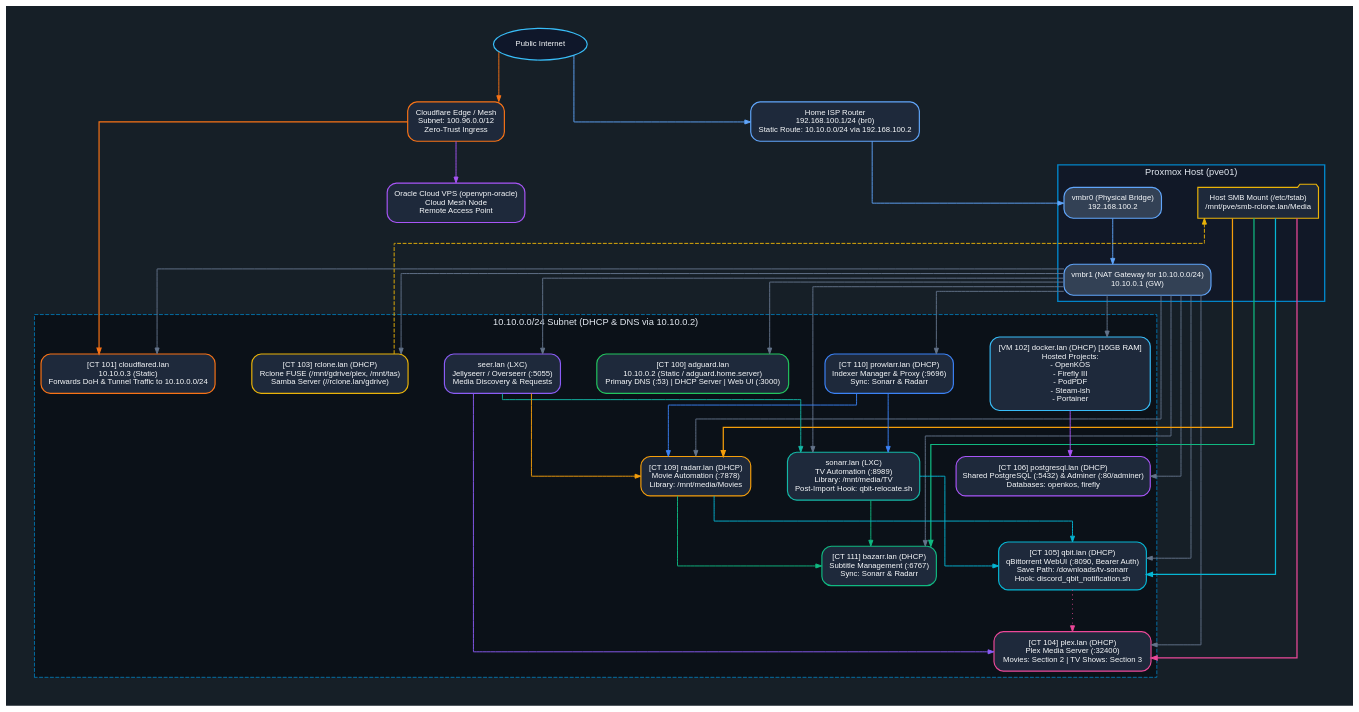
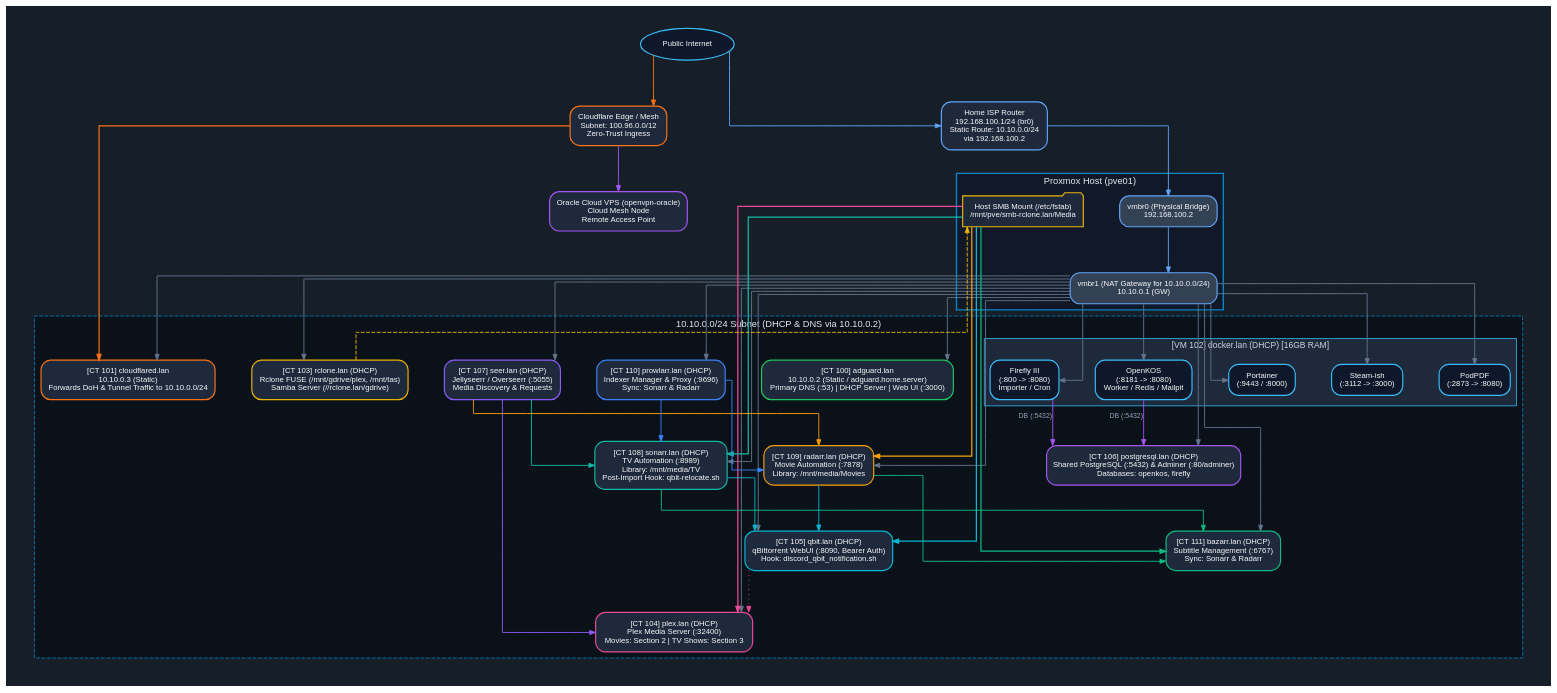
One commit to jhnnr/selfhost.md changed the diagram in docs/network/network-topology.dot. Above: the diagram before and after it, drawn with Graphviz. The commit also changed 9 other files, not shown here.

```diff
--- a/docs/network/network-topology.dot
+++ b/docs/network/network-topology.dot
@@ -46,7 +46,7 @@
 
     // Physical Network Path
     router [
-        label = "Home ISP Router\n192.168.100.1/24 (br0)\nStatic Route: 10.10.0.0/24 via 192.168.100.2",
+        label = "Home ISP Router\n192.168.100.1/24 (br0)\nStatic Route: 10.10.0.0/24\nvia 192.168.100.2",
         fillcolor = "#1e293b",
         color = "#60a5fa"
     ];
@@ -104,93 +104,125 @@
         color = "#0284c7";
         bgcolor = "#0b1118";
 
-        // Ingress via Cloudflare Tunnel
+        // CT 100: DNS & DHCP Server
+        ct100 [
+            label = "[CT 100] adguard.lan\n10.10.0.2 (Static / adguard.home.server)\nPrimary DNS (:53) | DHCP Server | Web UI (:3000)",
+            fillcolor = "#1e293b",
+            color = "#22c55e"
+        ];
+
+        // CT 101: Ingress via Cloudflare Tunnel
         ct101 [
             label = "[CT 101] cloudflared.lan\n10.10.0.3 (Static)\nForwards DoH & Tunnel Traffic to 10.10.0.0/24",
             fillcolor = "#1e293b",
             color = "#f97316"
         ];
 
-        // DNS & DHCP Server
-        ct100 [
-            label = "[CT 100] adguard.lan\n10.10.0.2 (Static / adguard.home.server)\nPrimary DNS (:53) | DHCP Server | Web UI (:3000)",
+        // VM 102: Dedicated Docker Host with Per-Project Nodes
+        subgraph cluster_vm102 {
+            label = "[VM 102] docker.lan (DHCP) [16GB RAM]";
+            fontcolor = "#cbd5e1";
+            fontsize = 11;
+            style = "filled";
+            fillcolor = "#1e293b";
+            color = "#38bdf8";
+
+            proj_openkos [
+                label = "OpenKOS\n(:8181 -> :8080)\nWorker / Redis / Mailpit",
+                fillcolor = "#0f172a",
+                color = "#38bdf8"
+            ];
+
+            proj_firefly [
+                label = "Firefly III\n(:800 -> :8080)\nImporter / Cron",
+                fillcolor = "#0f172a",
+                color = "#38bdf8"
+            ];
+
+            proj_podpdf [
+                label = "PodPDF\n(:2873 -> :8080)",
+                fillcolor = "#0f172a",
+                color = "#38bdf8"
+            ];
+
+            proj_steamish [
+                label = "Steam-ish\n(:3112 -> :3000)",
+                fillcolor = "#0f172a",
+                color = "#38bdf8"
+            ];
+
+            proj_portainer [
+                label = "Portainer\n(:9443 / :8000)",
+                fillcolor = "#0f172a",
+                color = "#38bdf8"
+            ];
+        }
+
+        // CT 103: Storage Controller
+        ct103 [
+            label = "[CT 103] rclone.lan (DHCP)\nRclone FUSE (/mnt/gdrive/plex, /mnt/tas)\nSamba Server (//rclone.lan/gdrive)",
             fillcolor = "#1e293b",
-            color = "#22c55e"
+            color = "#eab308"
         ];
 
-        // Shared PostgreSQL Server
+        // CT 104: Media Playback Server
+        ct104 [
+            label = "[CT 104] plex.lan (DHCP)\nPlex Media Server (:32400)\nMovies: Section 2 | TV Shows: Section 3",
+            fillcolor = "#1e293b",
+            color = "#ec4899"
+        ];
+
+        // CT 105: Download Client (Save path removed)
+        ct105 [
+            label = "[CT 105] qbit.lan (DHCP)\nqBittorrent WebUI (:8090, Bearer Auth)\nHook: discord_qbit_notification.sh",
+            fillcolor = "#1e293b",
+            color = "#06b6d4"
+        ];
+
+        // CT 106: Shared PostgreSQL Server
         ct106 [
             label = "[CT 106] postgresql.lan (DHCP)\nShared PostgreSQL (:5432) & Adminer (:80/adminer)\nDatabases: openkos, firefly",
             fillcolor = "#1e293b",
             color = "#a855f7"
         ];
 
-        // Dedicated Docker Host VM - Flat list of hosted projects without categorization
-        vm102 [
-            label = "[VM 102] docker.lan (DHCP) [16GB RAM]\nHosted Projects:\n- OpenKOS\n- Firefly III\n- PodPDF\n- Steam-ish\n- Portainer",
+        // CT 107: Media Discovery & Requests (Jellyseerr / Overseerr)
+        ct107 [
+            label = "[CT 107] seer.lan (DHCP)\nJellyseerr / Overseerr (:5055)\nMedia Discovery & Requests",
             fillcolor = "#1e293b",
-            color = "#38bdf8"
+            color = "#8b5cf6"
         ];
 
-        // Storage Controller
-        ct103 [
-            label = "[CT 103] rclone.lan (DHCP)\nRclone FUSE (/mnt/gdrive/plex, /mnt/tas)\nSamba Server (//rclone.lan/gdrive)",
-            fillcolor = "#1e293b",
-            color = "#eab308"
-        ];
-
-        // Media Playback Server
-        ct104 [
-            label = "[CT 104] plex.lan (DHCP)\nPlex Media Server (:32400)\nMovies: Section 2 | TV Shows: Section 3",
-            fillcolor = "#1e293b",
-            color = "#ec4899"
-        ];
-
-        // Download Client
-        ct105 [
-            label = "[CT 105] qbit.lan (DHCP)\nqBittorrent WebUI (:8090, Bearer Auth)\nSave Path: /downloads/tv-sonarr\nHook: discord_qbit_notification.sh",
-            fillcolor = "#1e293b",
-            color = "#06b6d4"
-        ];
-
-        // TV Automation
-        sonarr [
-            label = "sonarr.lan (LXC)\nTV Automation (:8989)\nLibrary: /mnt/media/TV\nPost-Import Hook: qbit-relocate.sh",
+        // CT 108: TV Automation (Sonarr)
+        ct108 [
+            label = "[CT 108] sonarr.lan (DHCP)\nTV Automation (:8989)\nLibrary: /mnt/media/TV\nPost-Import Hook: qbit-relocate.sh",
             fillcolor = "#1e293b",
             color = "#14b8a6"
         ];
 
-        // Movie Automation
+        // CT 109: Movie Automation (Radarr)
         ct109 [
             label = "[CT 109] radarr.lan (DHCP)\nMovie Automation (:7878)\nLibrary: /mnt/media/Movies",
             fillcolor = "#1e293b",
             color = "#f59e0b"
         ];
 
-        // Indexer Management
+        // CT 110: Indexer Management (Prowlarr)
         ct110 [
             label = "[CT 110] prowlarr.lan (DHCP)\nIndexer Manager & Proxy (:9696)\nSync: Sonarr & Radarr",
             fillcolor = "#1e293b",
             color = "#3b82f6"
         ];
 
-        // Subtitle Automation
+        // CT 111: Subtitle Automation (Bazarr)
         ct111 [
             label = "[CT 111] bazarr.lan (DHCP)\nSubtitle Management (:6767)\nSync: Sonarr & Radarr",
             fillcolor = "#1e293b",
             color = "#10b981"
         ];
-
-        // Media Discovery & Requests
-        seer [
-            label = "seer.lan (LXC)\nJellyseerr / Overseerr (:5055)\nMedia Discovery & Requests",
-            fillcolor = "#1e293b",
-            color = "#8b5cf6"
-        ];
     }
 
     // Top-Level Ingress Routing
-    // Only Public Internet at the top
     wan -> router [color = "#60a5fa"];
     wan -> cf_mesh [color = "#f97316"];
 
@@ -210,35 +242,41 @@
     vmbr1 -> ct100;
     vmbr1 -> ct101;
     vmbr1 -> ct106;
-    vmbr1 -> vm102;
+    vmbr1 -> proj_openkos;
+    vmbr1 -> proj_firefly;
+    vmbr1 -> proj_podpdf;
+    vmbr1 -> proj_steamish;
+    vmbr1 -> proj_portainer;
     vmbr1 -> ct103;
     vmbr1 -> ct104;
     vmbr1 -> ct105;
-    vmbr1 -> sonarr;
+    vmbr1 -> ct107;
+    vmbr1 -> ct108;
     vmbr1 -> ct109;
     vmbr1 -> ct110;
     vmbr1 -> ct111;
-    vmbr1 -> seer;
 
-    // Database Connection from Docker VM to PostgreSQL
-    vm102 -> ct106 [color = "#a855f7"];
+    // Database Connections from Docker Projects to CT 106 (postgresql.lan)
+    proj_openkos -> ct106 [color = "#a855f7", xlabel = "DB (:5432)"];
+    proj_firefly -> ct106 [color = "#a855f7", xlabel = "DB (:5432)"];
 
-    // Storage Pipeline (Samba Share -> Host Mount -> LXC Bind Mounts)
+    // Storage Pipeline: CT 103 Samba Share -> Host Mount -> LXC Bind Mounts
     ct103 -> host_smb [style = "dashed", color = "#eab308"];
     host_smb -> ct104 [color = "#ec4899", penwidth = 1.6];
     host_smb -> ct105 [color = "#06b6d4", penwidth = 1.6];
+    host_smb -> ct108 [color = "#14b8a6", penwidth = 1.6];
     host_smb -> ct109 [color = "#f59e0b", penwidth = 1.6];
     host_smb -> ct111 [color = "#10b981", penwidth = 1.6];
 
     // Media Automation Pipeline Interconnects
-    seer -> sonarr [color = "#14b8a6"];
-    seer -> ct109 [color = "#f59e0b"];
-    seer -> ct104 [color = "#8b5cf6"];
-    ct110 -> sonarr [color = "#3b82f6"];
+    ct107 -> ct108 [color = "#14b8a6"];
+    ct107 -> ct109 [color = "#f59e0b"];
+    ct107 -> ct104 [color = "#8b5cf6"];
+    ct110 -> ct108 [color = "#3b82f6"];
     ct110 -> ct109 [color = "#3b82f6"];
-    sonarr -> ct105 [color = "#06b6d4"];
+    ct108 -> ct105 [color = "#06b6d4"];
     ct109 -> ct105 [color = "#06b6d4"];
-    sonarr -> ct111 [color = "#10b981"];
+    ct108 -> ct111 [color = "#10b981"];
     ct109 -> ct111 [color = "#10b981"];
     ct105 -> ct104 [style = "dotted", color = "#ec4899"];
 }
```
